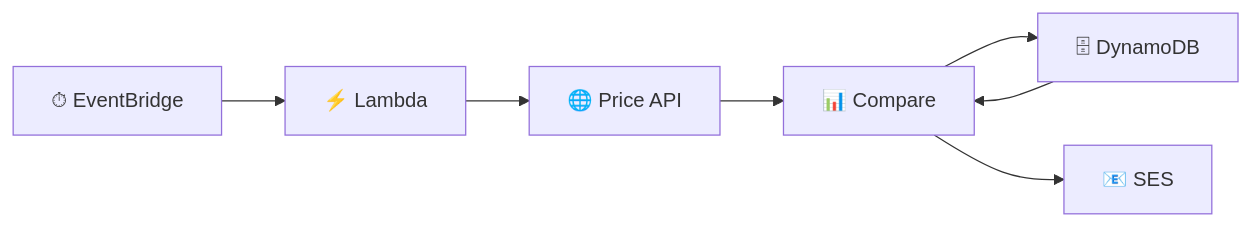
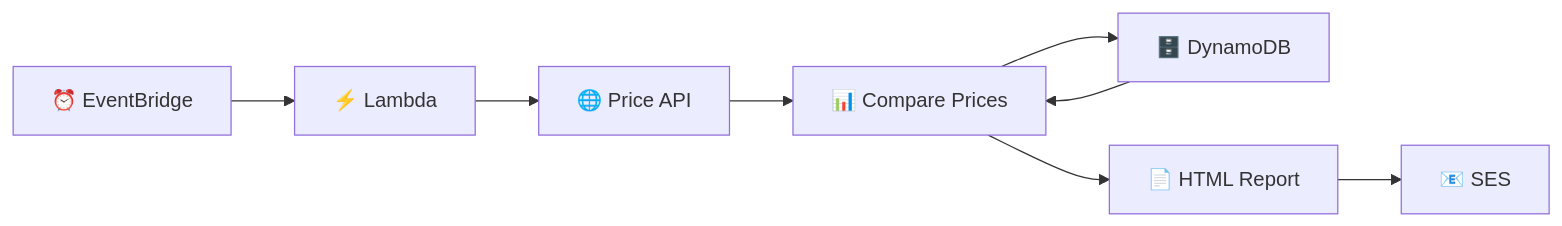
Before and after one commit to harshithrosun2705-star/harshithrosun2705-star: the fourth of 7 diagrams in README.md, drawn with Mermaid. The commit also changed other lines of this file, not shown here.

````diff
--- a/README.md
+++ b/README.md
@@ -691,17 +755,21 @@
 ```mermaid
 flowchart LR
 
-    EB["⏱ EventBridge"]
+    EB["⏰ EventBridge"]
     L["⚡ Lambda"]
     API["🌐 Price API"]
-    DB["🗄 DynamoDB"]
-    CMP["📊 Compare"]
+    DB["🗄️ DynamoDB"]
+    CMP["📊 Compare Prices"]
+    REPORT["📄 HTML Report"]
     SES["📧 SES"]
 
     EB --> L
     L --> API
     API --> CMP
+
     DB --> CMP
+
     CMP --> DB
-    CMP --> SES
+    CMP --> REPORT
+    REPORT --> SES
 ```
````
